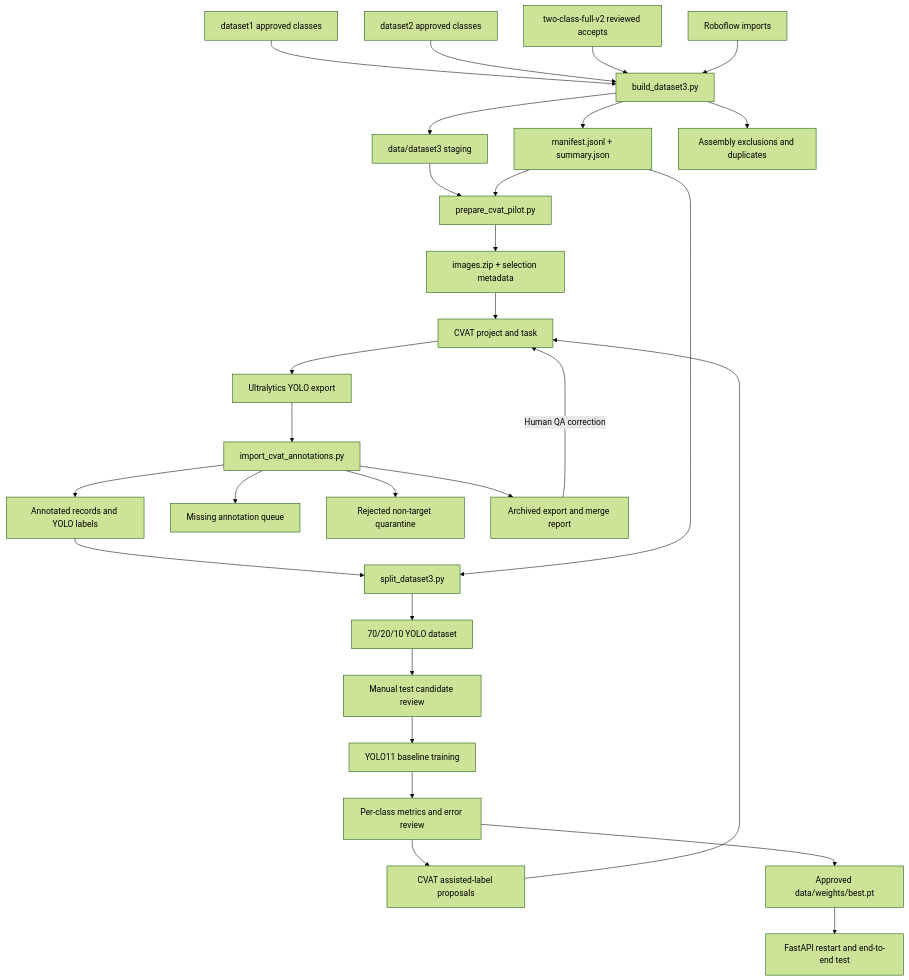
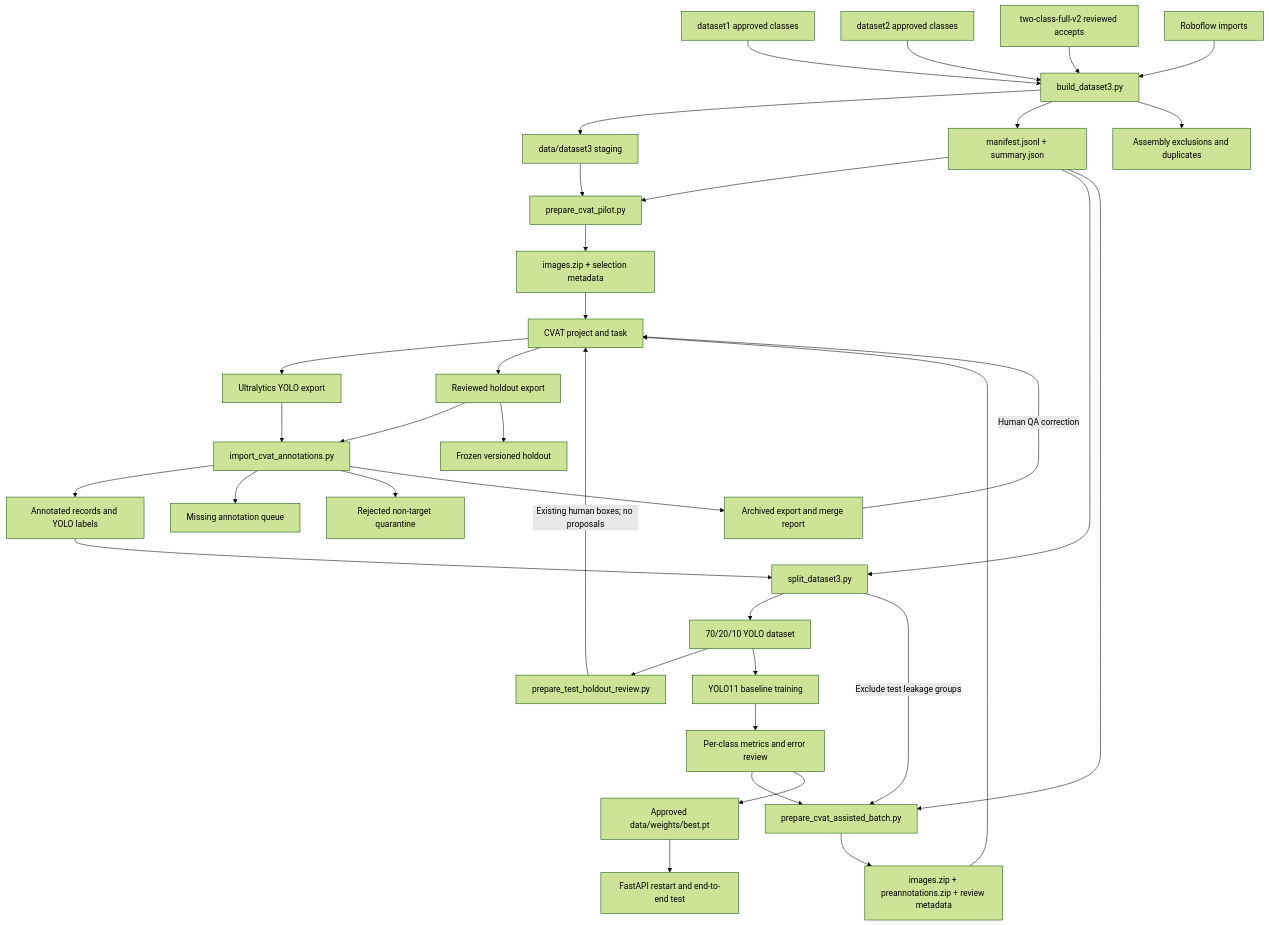
The second of 2 diagrams in docs/architecture.md (jiale2004/FoodSense-MY), drawn with Mermaid (forest theme) before and after one commit. The commit also changed other lines of this file and 12 other files, not shown here.

Commit message:
feat: add Phase D assisted CVAT workflow and locked interim split

````diff
--- a/docs/architecture.md
+++ b/docs/architecture.md
@@ -86,33 +87,40 @@
 ```mermaid
 flowchart TD
     D1[dataset1 approved classes] --> Build[build_dataset3.py]
     D2[dataset2 approved classes] --> Build
     Web[two-class-full-v2 reviewed accepts] --> Build
     RF[Roboflow imports] --> Build
     Build --> Stage[data/dataset3 staging]
     Build --> Manifest[manifest.jsonl + summary.json]
     Build --> Reject0[Assembly exclusions and duplicates]
 
     Stage --> Select[prepare_cvat_pilot.py]
     Manifest --> Select
     Select --> Zip[images.zip + selection metadata]
     Zip --> CVAT[CVAT project and task]
     CVAT --> Export[Ultralytics YOLO export]
     Export --> Merge[import_cvat_annotations.py]
     Merge --> Annotated[Annotated records and YOLO labels]
     Merge --> Missing[Missing annotation queue]
     Merge --> Rejected[Rejected non-target quarantine]
     Merge --> Audit[Archived export and merge report]
     Audit -->|Human QA correction| CVAT
 
     Annotated --> Split[split_dataset3.py]
     Manifest --> Split
     Split --> Baseline[70/20/10 YOLO dataset]
-    Baseline --> Holdout[Manual test candidate review]
-    Holdout --> Train[YOLO11 baseline training]
+    Baseline --> HoldoutPackage[prepare_test_holdout_review.py]
+    HoldoutPackage -->|Existing human boxes; no proposals| CVAT
+    CVAT --> HoldoutExport[Reviewed holdout export]
+    HoldoutExport --> Merge
+    HoldoutExport --> Freeze[Frozen versioned holdout]
+    Baseline --> Train[YOLO11 baseline training]
     Train --> Evaluate[Per-class metrics and error review]
-    Evaluate --> Assist[CVAT assisted-label proposals]
-    Assist --> CVAT
+    Evaluate --> Assist[prepare_cvat_assisted_batch.py]
+    Manifest --> Assist
+    Split -->|Exclude test leakage groups| Assist
+    Assist --> Proposals[images.zip + preannotations.zip + review metadata]
+    Proposals --> CVAT
     Evaluate --> Promote[Approved data/weights/best.pt]
     Promote --> App[FastAPI restart and end-to-end test]
 ```
````
